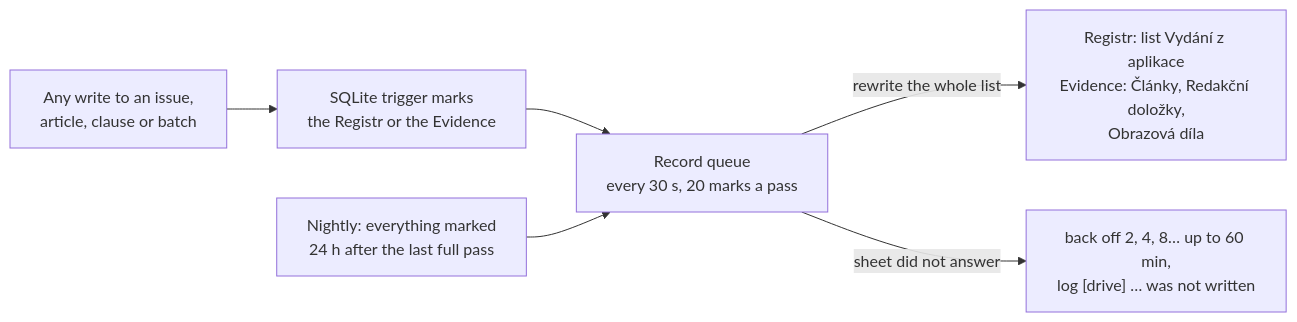
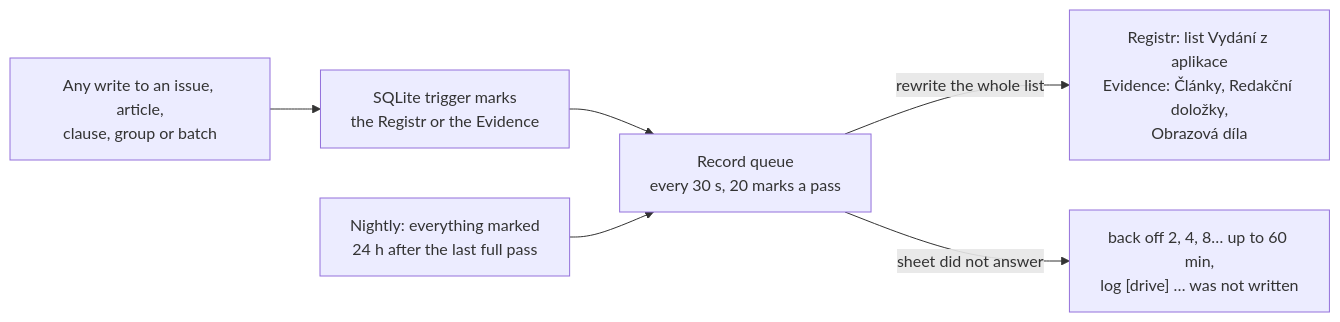
The sixth of 6 diagrams in docs/architecture.md (vednemesicnik/cz.vednemesicnik.publikace), drawn with Mermaid before and after one commit. The commit also changed other lines of this file and 44 other files, not shown here.

````diff
--- a/docs/architecture.md
+++ b/docs/architecture.md
@@ -272,8 +292,8 @@
 ```mermaid
 flowchart LR
-  W["Any write to an issue,<br/>article, clause or batch"] --> T["SQLite trigger marks<br/>the Registr or the Evidence"]
+  W["Any write to an issue, article,<br/>clause, group or batch"] --> T["SQLite trigger marks<br/>the Registr or the Evidence"]
   T --> Q["Record queue<br/>every 30 s, 20 marks a pass"]
   N["Nightly: everything marked<br/>24 h after the last full pass"] --> Q
   Q -- "rewrite the whole list" --> S["Registr: list Vydání z aplikace<br/>Evidence: Články, Redakční doložky,<br/>Obrazová díla"]
   Q -- "sheet did not answer" --> B["back off 2, 4, 8… up to 60 min,<br/>log [drive] … was not written"]
 ```
````
